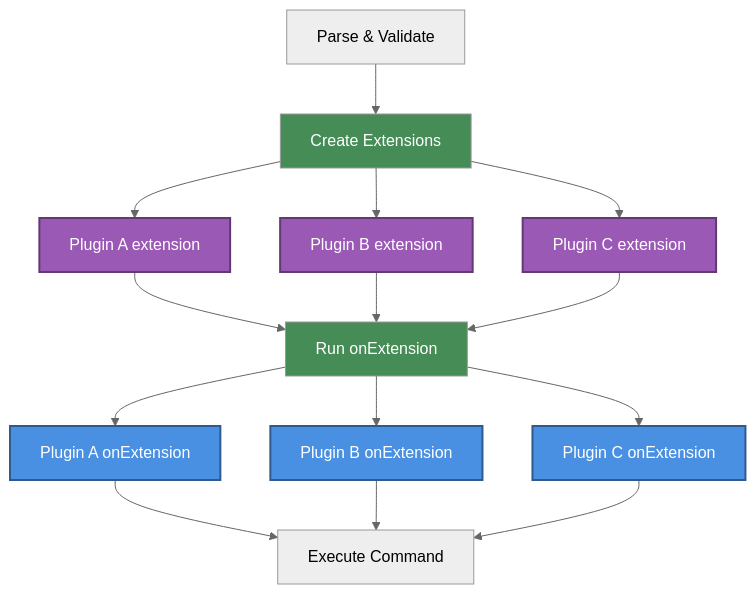
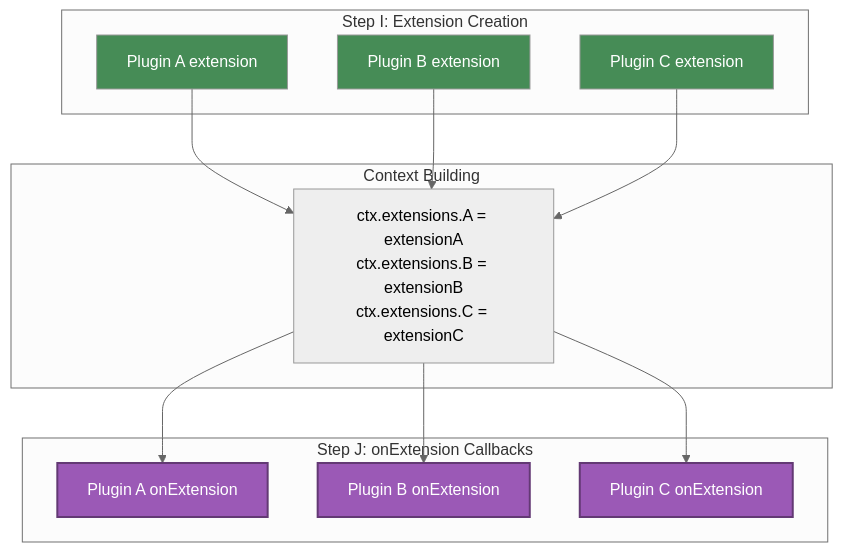
The diagram in packages/docs/src/guide/plugin/extensions.md (kazupon/gunshi), drawn with Mermaid (neutral theme) before and after one commit. The commit also changed other lines of this file and 1 other file, not shown here.

````diff
--- a/packages/docs/src/guide/plugin/extensions.md
+++ b/packages/docs/src/guide/plugin/extensions.md
@@ -56,31 +58,32 @@
 ```mermaid
-graph TB
-    A[Parse & Validate] --> B[Create Extensions]
-    C[Run onExtension]
-    D[Execute Command]
+graph TD
+    subgraph "Step I: Extension Creation"
+        I1[Plugin A extension]
+        I2[Plugin B extension]
+        I3[Plugin C extension]
+    end
 
-    B --> B1[Plugin A extension]
-    B --> B2[Plugin B extension]
-    B --> B3[Plugin C extension]
+    subgraph "Context Building"
+        CTX[ctx.extensions.A = extensionA<br/>ctx.extensions.B = extensionB<br/>ctx.extensions.C = extensionC]
+    end
 
-    B1 --> C
-    B2 --> C
-    B3 --> C
+    subgraph "Step J: onExtension Callbacks"
+        J1[Plugin A onExtension]
+        J2[Plugin B onExtension]
+        J3[Plugin C onExtension]
+    end
 
-    C --> C1[Plugin A onExtension]
-    C --> C2[Plugin B onExtension]
-    C --> C3[Plugin C onExtension]
+    I1 --> CTX
+    I2 --> CTX
+    I3 --> CTX
+    CTX --> J1
+    CTX --> J2
+    CTX --> J3
 
-    C1 --> D
-    C2 --> D
-    C3 --> D
-
-    style B fill:#468c56,color:white
-    style C fill:#468c56,color:white
-    style B1 fill:#9B59B6,stroke:#633974,stroke-width:2px,color:#fff
-    style B2 fill:#9B59B6,stroke:#633974,stroke-width:2px,color:#fff
-    style B3 fill:#9B59B6,stroke:#633974,stroke-width:2px,color:#fff
-    style C1 fill:#4A90E2,stroke:#2E5A8E,stroke-width:2px,color:#fff
-    style C2 fill:#4A90E2,stroke:#2E5A8E,stroke-width:2px,color:#fff
-    style C3 fill:#4A90E2,stroke:#2E5A8E,stroke-width:2px,color:#fff
+    style I1 fill:#468c56,color:white
+    style I2 fill:#468c56,color:white
+    style I3 fill:#468c56,color:white
+    style J1 fill:#9B59B6,stroke:#633974,stroke-width:2px,color:#fff
+    style J2 fill:#9B59B6,stroke:#633974,stroke-width:2px,color:#fff
+    style J3 fill:#9B59B6,stroke:#633974,stroke-width:2px,color:#fff
 ```
````
